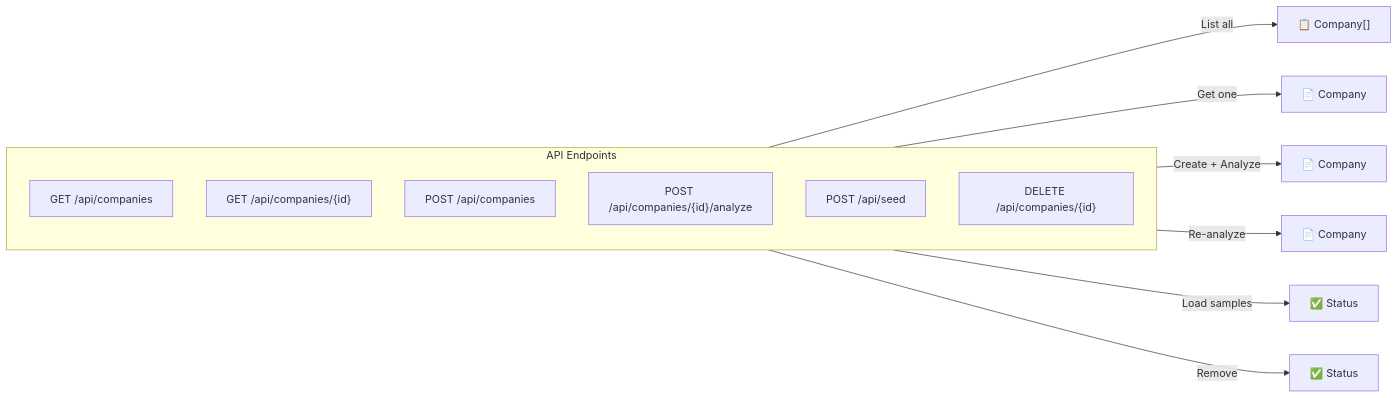
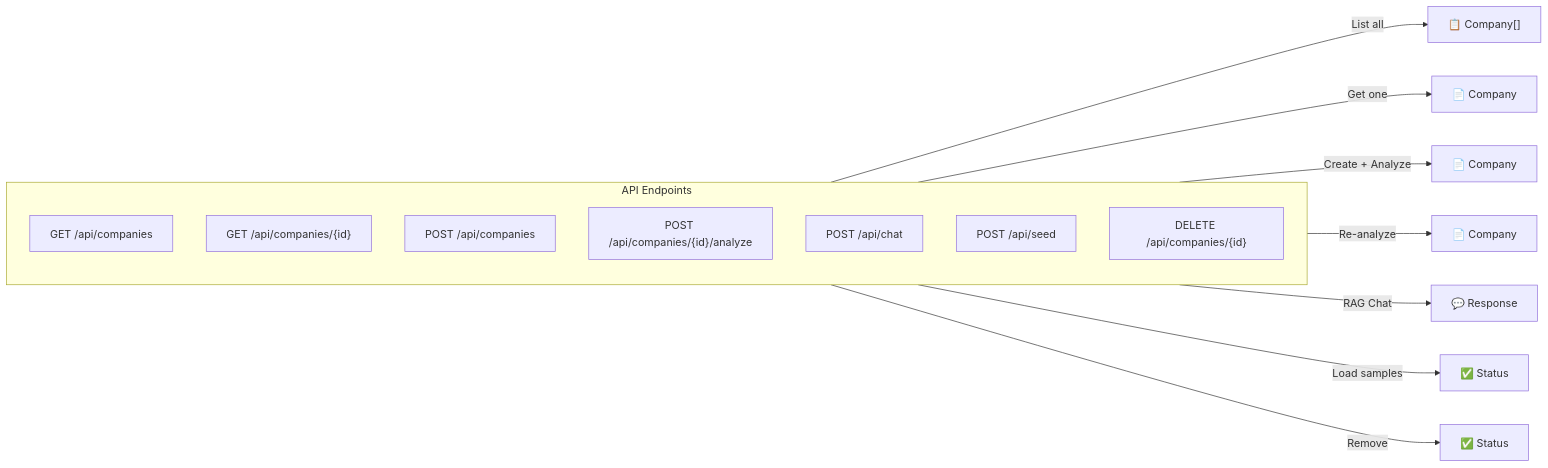
Before and after one commit to AlmazErmilov/aws-hack-prototype-terms-and-conditions-ass: the seventh of 7 diagrams in README.md, drawn with Mermaid. The commit also changed other lines of this file and 4 other files, not shown here.

````diff
--- a/README.md
+++ b/README.md
@@ -264,19 +269,21 @@
 ```mermaid
 flowchart LR
     subgraph Endpoints["API Endpoints"]
         direction TB
         G1["GET /api/companies"]
         G2["GET /api/companies/{id}"]
         P1["POST /api/companies"]
         P2["POST /api/companies/{id}/analyze"]
-        P3["POST /api/seed"]
+        P3["POST /api/chat"]
+        P4["POST /api/seed"]
         D1["DELETE /api/companies/{id}"]
     end
 
     G1 --> |"List all"| R1["📋 Company[]"]
     G2 --> |"Get one"| R2["📄 Company"]
     P1 --> |"Create + Analyze"| R3["📄 Company"]
     P2 --> |"Re-analyze"| R4["📄 Company"]
-    P3 --> |"Load samples"| R5["✅ Status"]
-    D1 --> |"Remove"| R6["✅ Status"]
+    P3 --> |"RAG Chat"| R5["💬 Response"]
+    P4 --> |"Load samples"| R6["✅ Status"]
+    D1 --> |"Remove"| R7["✅ Status"]
 ```
````
